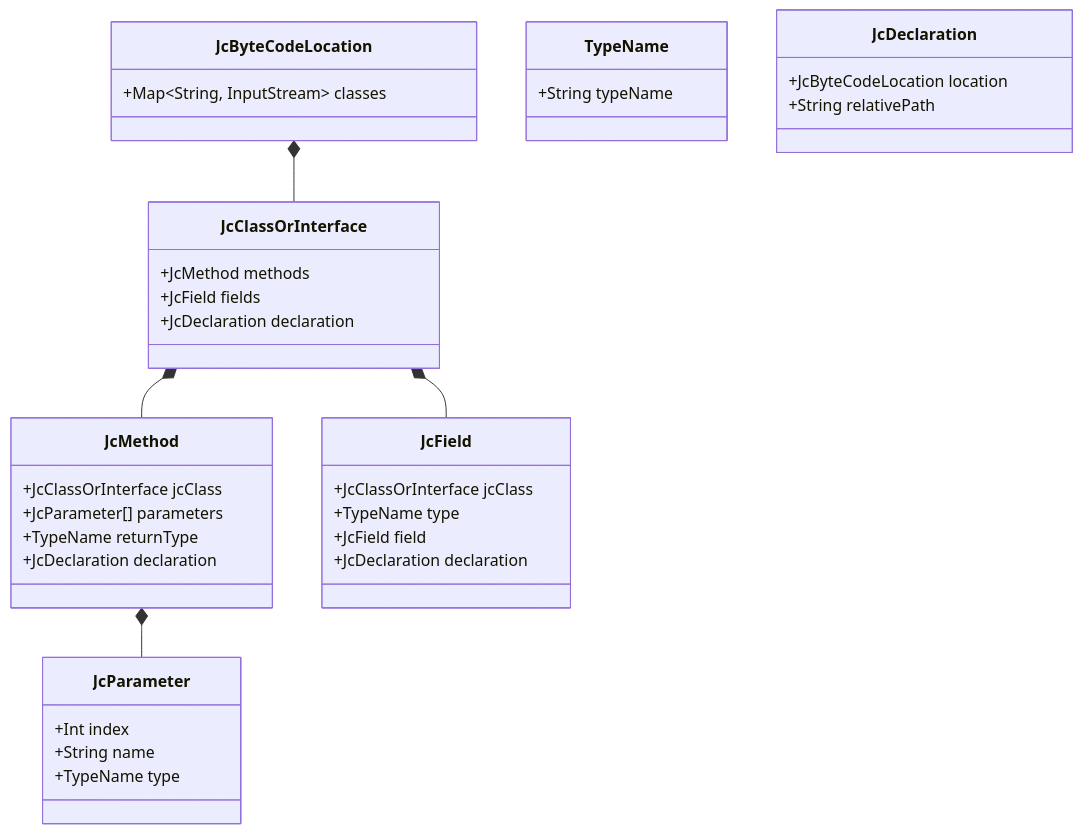
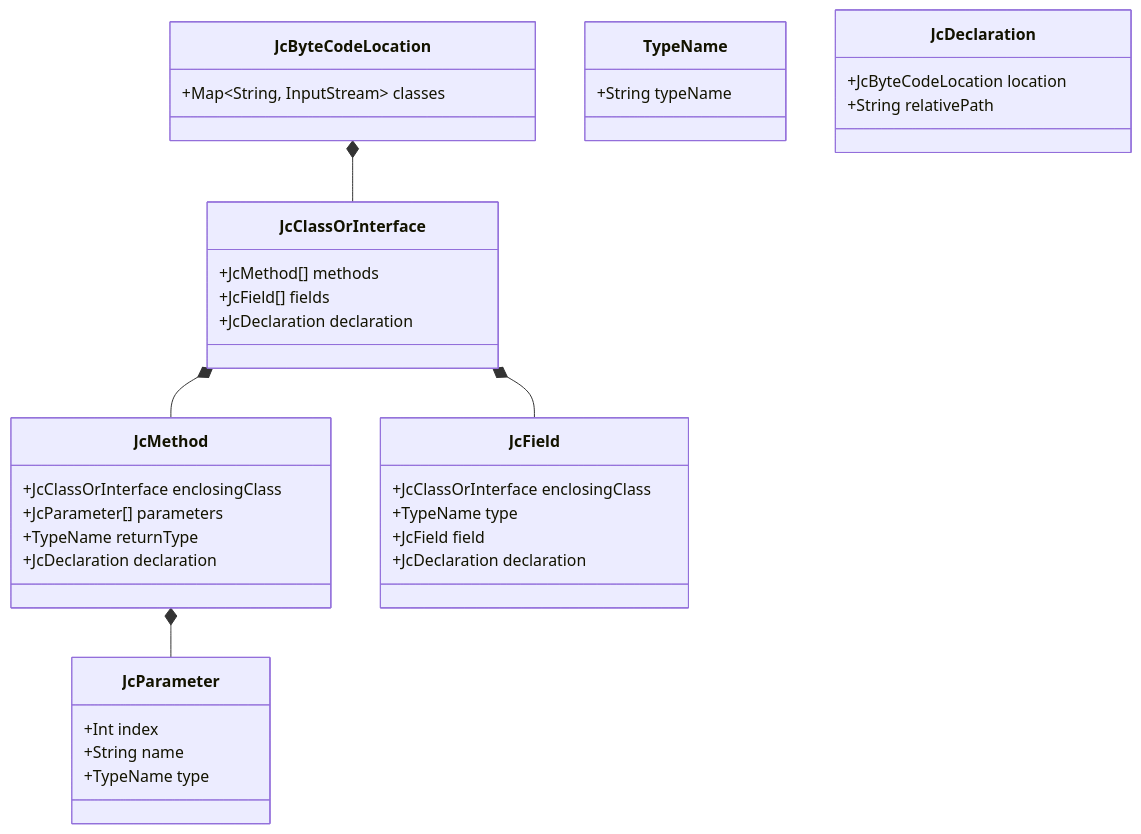
Before and after one commit to UnitTestBot/jacodb: the first of 4 diagrams in design.md, drawn with Mermaid. The commit also changed 47 other files, not shown here.

````diff
--- a/design.md
+++ b/design.md
@@ -25,48 +25,48 @@
 ```mermaid
 classDiagram
     JcByteCodeLocation  *-- JcClassOrInterface
     JcClassOrInterface  *-- JcMethod
     JcClassOrInterface  *-- JcField
     JcMethod  *-- JcParameter
     
     
     class TypeName{
       +String typeName
     }
 
     class JcByteCodeLocation {
        +Map~String, InputStream~ classes 
     }
 
     class JcDeclaration {
         +JcByteCodeLocation location
         +String relativePath 
     }
 
     class JcClassOrInterface {
-      +JcMethod methods
-      +JcField fields
+      +JcMethod[] methods
+      +JcField[] fields
       +JcDeclaration declaration
     }
 
     class JcParameter {
       +Int index
       +String name
       +TypeName type
     }
 
 
     class JcMethod {
-      +JcClassOrInterface jcClass
+      +JcClassOrInterface enclosingClass
       +JcParameter[] parameters
       +TypeName returnType
       +JcDeclaration declaration
     }
 
     class JcField {
-      +JcClassOrInterface jcClass
+      +JcClassOrInterface enclosingClass
       +TypeName type
       +JcField field
       +JcDeclaration declaration
     }
 ``` 
````
